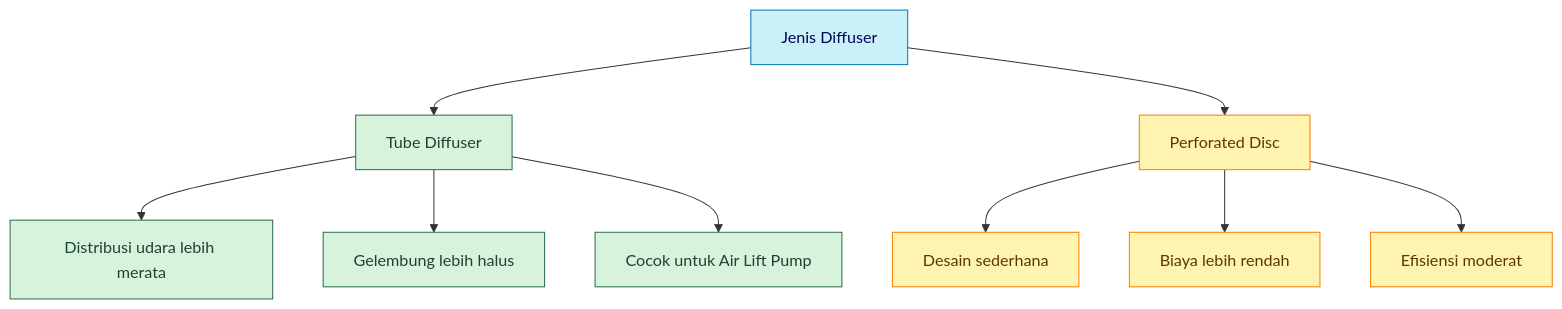
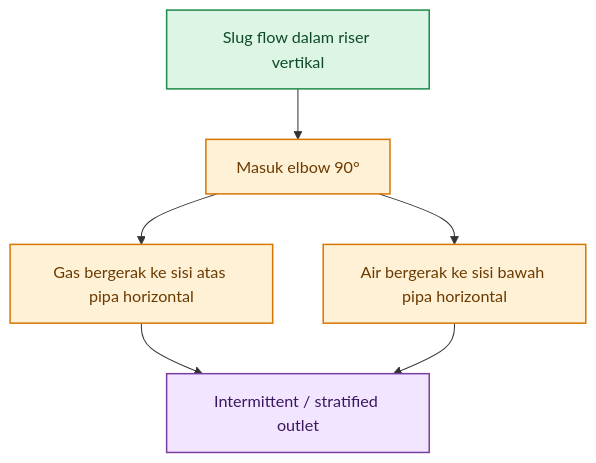
One commit to slametsampon/kawruhnology changed the tenth of 42 diagrams in content/blog/agri/airlift-pump.mdx. Above: the diagram before and after it, drawn with Mermaid. The commit also changed other lines of this file and 8 other files, not shown here.

Commit message:
update airlift pump, laju-air-fluida

````diff
--- a/content/blog/agri/airlift-pump.mdx
+++ b/content/blog/agri/airlift-pump.mdx
@@ -446,21 +1668,16 @@
 ```mermaid
 flowchart TD
-    A[Jenis Diffuser] --> B[Tube Diffuser]
-    A --> C[Perforated Disc]
+    A["Slug flow dalam riser vertikal"] --> B["Masuk elbow 90°"]
+    B --> C["Gas bergerak ke sisi atas pipa horizontal"]
+    B --> D["Air bergerak ke sisi bawah pipa horizontal"]
+    C --> E["Intermittent / stratified outlet"]
+    D --> E
 
-    B --> B1[Distribusi udara lebih merata]
-    B --> B2[Gelembung lebih halus]
-    B --> B3[Cocok untuk Air Lift Pump]
+    classDef vertical fill:#DCF5E5,stroke:#218C4A,color:#0E4A27,stroke-width:1.5px;
+    classDef elbow fill:#FFF1D6,stroke:#D97706,color:#6B3A00,stroke-width:1.5px;
+    classDef outlet fill:#F2E5FF,stroke:#7B3FA1,color:#3B1760,stroke-width:1.5px;
 
-    C --> C1[Desain sederhana]
-    C --> C2[Biaya lebih rendah]
-    C --> C3[Efisiensi moderat]
-
-    classDef pilihan fill:#d8f3dc,stroke:#2d6a4f,color:#1b4332;
-    classDef ekonomis fill:#fff3b0,stroke:#f77f00,color:#5c3700;
-    classDef pusat fill:#caf0f8,stroke:#0077b6,color:#03045e;
-
-    class A pusat;
-    class B,B1,B2,B3 pilihan;
-    class C,C1,C2,C3 ekonomis;
+    class A vertical;
+    class B,C,D elbow;
+    class E outlet;
 ```
````
